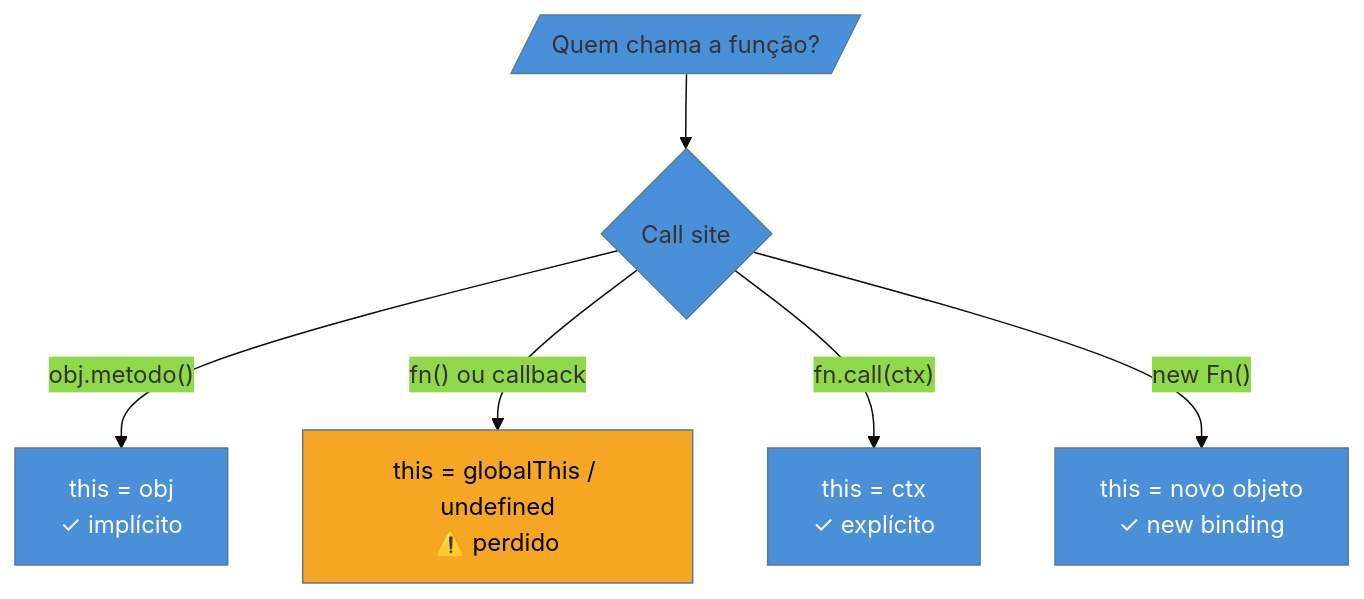
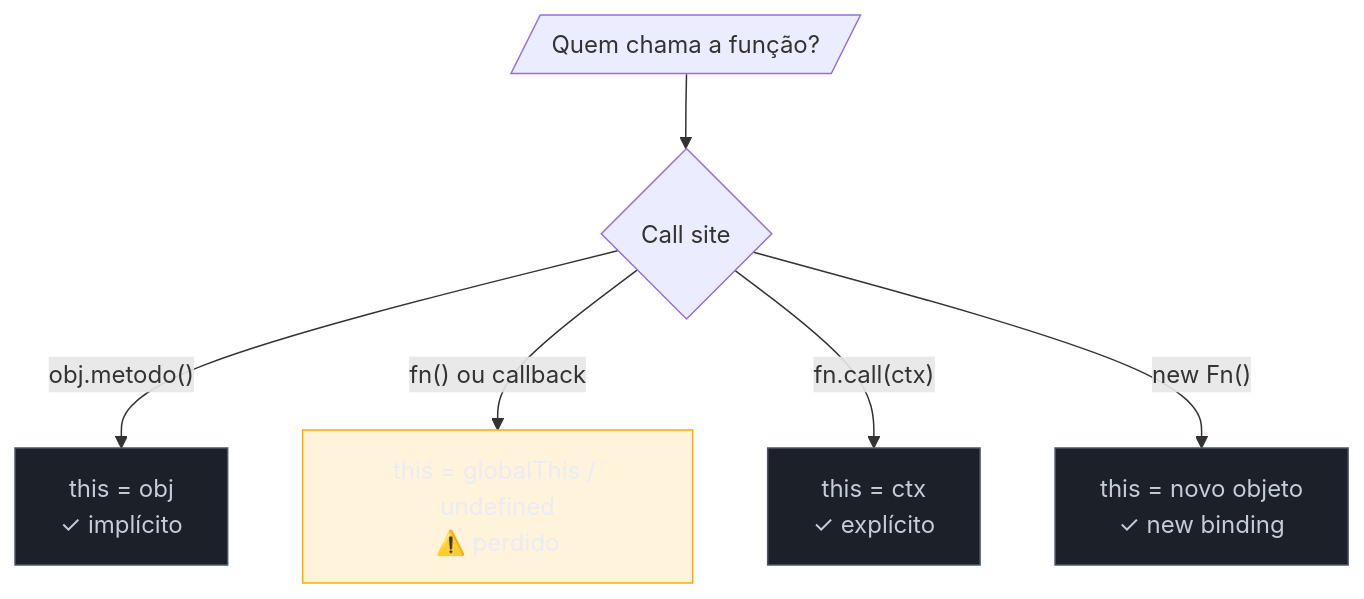
The fourth of 5 diagrams in 03-Dominios/Tecnologia/JavaScript/25 - Armadilhas e quirks.md (josenaldo/codex-technomanticus), drawn with Mermaid before and after one commit. The commit also changed other lines of this file and 1181 other files, not shown here.

First line of the commit message:
fix(diagramas): paleta do sistema no lugar de cor cravada no markdown

````diff
--- a/03-Dominios/Tecnologia/JavaScript/25 - Armadilhas e quirks.md
+++ b/03-Dominios/Tecnologia/JavaScript/25 - Armadilhas e quirks.md
@@ -380,13 +383,14 @@
 ```mermaid
-%%{init: {"theme": "base", "themeVariables": {"primaryColor": "#4A90D9"}}}%%
 graph TD
+    classDef destaque fill:#FFAA0024,stroke:#FFAA00,color:#E9ECF2
+    classDef neutro fill:#1B2029,stroke:#4E5666,color:#C6CCD8
     A[/"Quem chama a função?"/] --> B{"Call site"}
     B -->|"obj.metodo()"| C["this = obj\n✓ implícito"]
     B -->|"fn() ou callback"| D["this = globalThis / undefined\n⚠️ perdido"]
     B -->|"fn.call(ctx)"| E["this = ctx\n✓ explícito"]
     B -->|"new Fn()"| F["this = novo objeto\n✓ new binding"]
-    style D fill:#F5A623,color:#000
-    style C fill:#4A90D9,color:#fff
-    style E fill:#4A90D9,color:#fff
-    style F fill:#4A90D9,color:#fff
+    class D destaque
+    class C neutro
+    class E neutro
+    class F neutro
 ```
````
